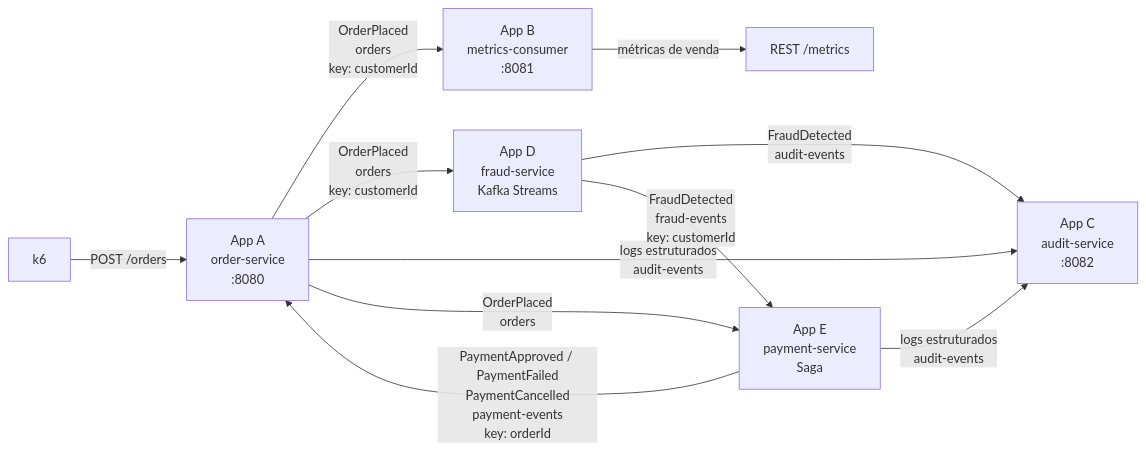
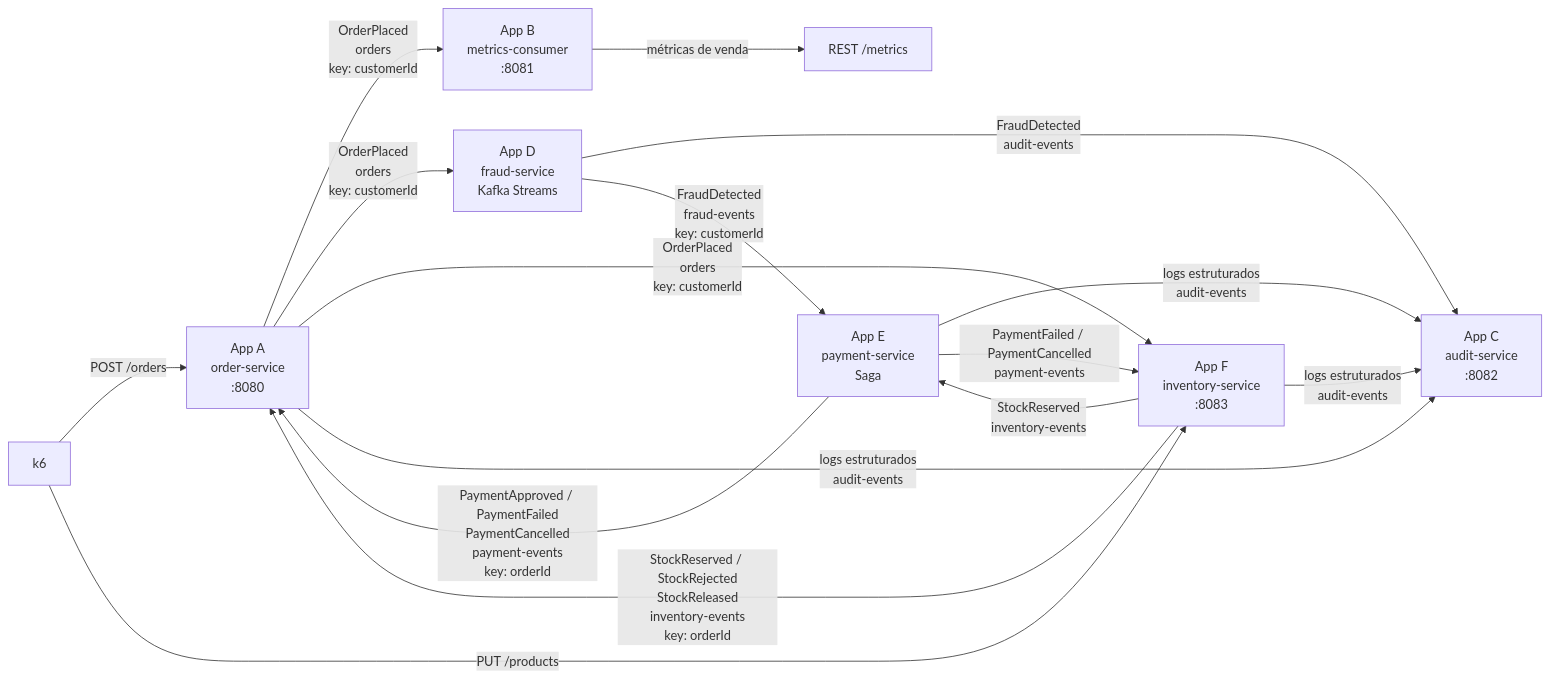
One commit to joaolaureano/training_kafka changed the first of 7 diagrams in README.md. Above: the diagram before and after it, drawn with Mermaid. The commit also changed other lines of this file and 221 other files, not shown here.

First line of the commit message:
Add inventory-service, and reserve stock before charging

````diff
--- a/README.md
+++ b/README.md
@@ -18,13 +18,18 @@
 ```mermaid
 flowchart LR
     K6[k6] -->|POST /orders| Order[App A<br/>order-service<br/>:8080]
+    K6 -->|PUT /products| Inventory[App F<br/>inventory-service<br/>:8083]
     Order -->|OrderPlaced<br/>orders<br/>key: customerId| Metrics[App B<br/>metrics-consumer<br/>:8081]
     Order -->|OrderPlaced<br/>orders<br/>key: customerId| Fraud[App D<br/>fraud-service<br/>Kafka Streams]
+    Order -->|OrderPlaced<br/>orders<br/>key: customerId| Inventory
     Metrics -->|métricas de venda| MetricsApi[REST /metrics]
     Fraud -->|FraudDetected<br/>audit-events| Audit[App C<br/>audit-service<br/>:8082]
     Order -->|logs estruturados<br/>audit-events| Audit
     Payment -->|logs estruturados<br/>audit-events| Audit
-    Order -->|OrderPlaced<br/>orders| Payment[App E<br/>payment-service<br/>Saga]
+    Inventory -->|logs estruturados<br/>audit-events| Audit
+    Inventory -->|StockReserved / StockRejected<br/>StockReleased<br/>inventory-events<br/>key: orderId| Order
+    Inventory -->|StockReserved<br/>inventory-events| Payment[App E<br/>payment-service<br/>Saga]
     Payment -->|PaymentApproved / PaymentFailed<br/>PaymentCancelled<br/>payment-events<br/>key: orderId| Order
+    Payment -->|PaymentFailed / PaymentCancelled<br/>payment-events| Inventory
     Fraud -->|FraudDetected<br/>fraud-events<br/>key: customerId| Payment
 ```
````
